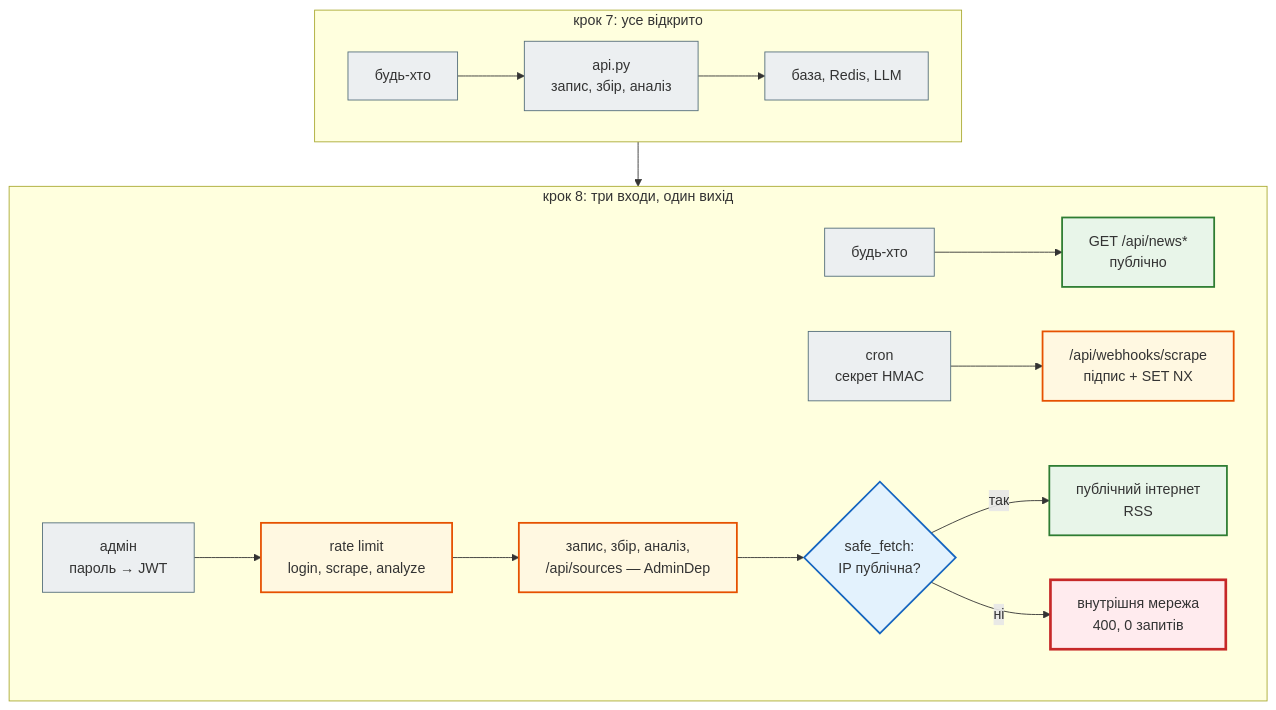
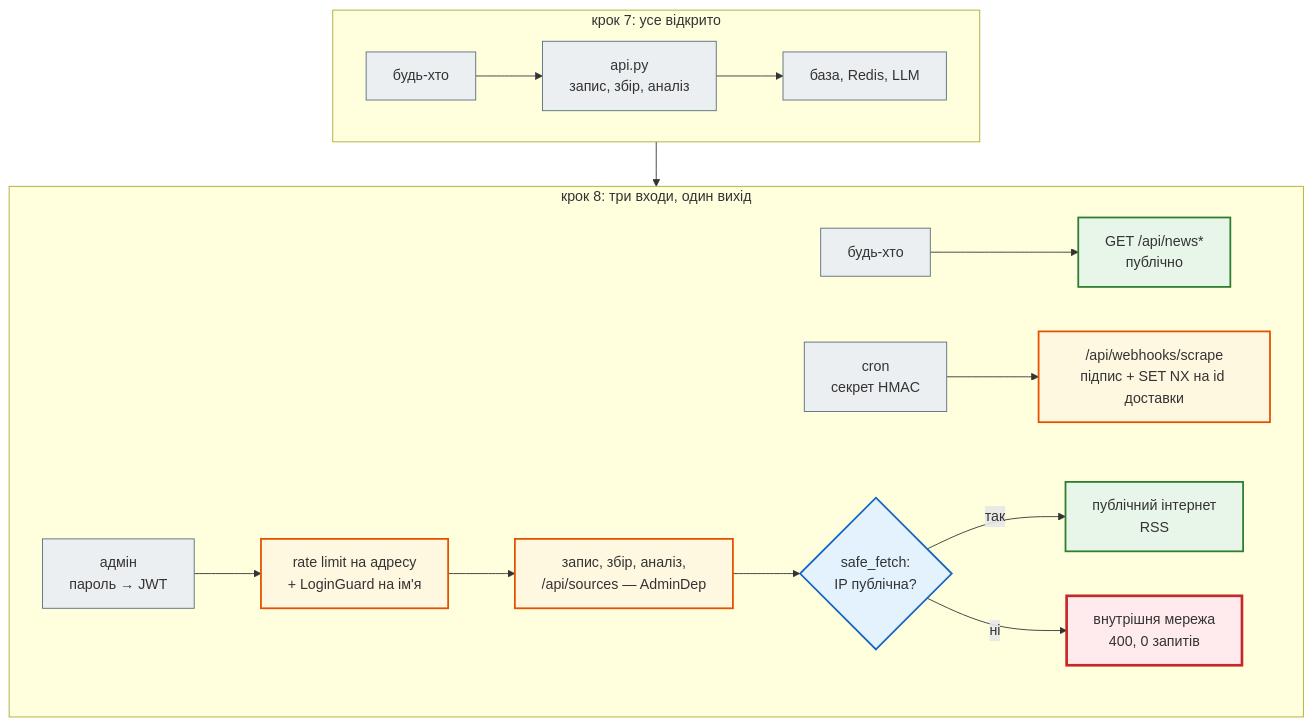
Before and after one commit to NikoriakViktor/news_hub: the diagram in docs/tutorials/08_security/index.md, drawn with Mermaid. The commit also changed other lines of this file and 268 other files, not shown here.

````diff
--- a/docs/tutorials/08_security/index.md
+++ b/docs/tutorials/08_security/index.md
@@ -44,29 +44,29 @@
 ```mermaid
 flowchart TD
     classDef step     fill:#eceff1,stroke:#546e7a,stroke-width:1px;
     classDef decision fill:#e3f2fd,stroke:#1565c0,stroke-width:2px;
     classDef success  fill:#e8f5e9,stroke:#2e7d32,stroke-width:2px;
     classDef error    fill:#ffebee,stroke:#c62828,stroke-width:3px;
     classDef warning  fill:#fff8e1,stroke:#e65100,stroke-width:2px;
 
     subgraph OLD ["крок 7: усе відкрито"]
         direction LR
         U0["будь-хто"] --> A0["api.py<br>запис, збір, аналіз"] --> D0["база, Redis, LLM"]
     end
     subgraph NEW ["крок 8: три входи, один вихід"]
         direction LR
         U["будь-хто"] --> RD["GET /api/news*<br>публічно"]
-        AD["адмін<br>пароль → JWT"] --> RL["rate limit<br>login, scrape, analyze"] --> WR["запис, збір, аналіз,<br>/api/sources — AdminDep"]
-        CR["cron<br>секрет HMAC"] --> WH["/api/webhooks/scrape<br>підпис + SET NX"]
+        AD["адмін<br>пароль → JWT"] --> RL["rate limit на адресу<br>+ LoginGuard на ім'я"] --> WR["запис, збір, аналіз,<br>/api/sources — AdminDep"]
+        CR["cron<br>секрет HMAC"] --> WH["/api/webhooks/scrape<br>підпис + SET NX на id доставки"]
         WR --> SF{"safe_fetch:<br>IP публічна?"}
         SF -- "так" --> NET["публічний інтернет<br>RSS"]
         SF -- "ні" --> INT["внутрішня мережа<br>400, 0 запитів"]
     end
     OLD --> NEW
 
     class U0,A0,D0,U,AD,CR step
     class RD,NET success
     class RL,WR,WH warning
     class SF decision
     class INT error
 ```
````
